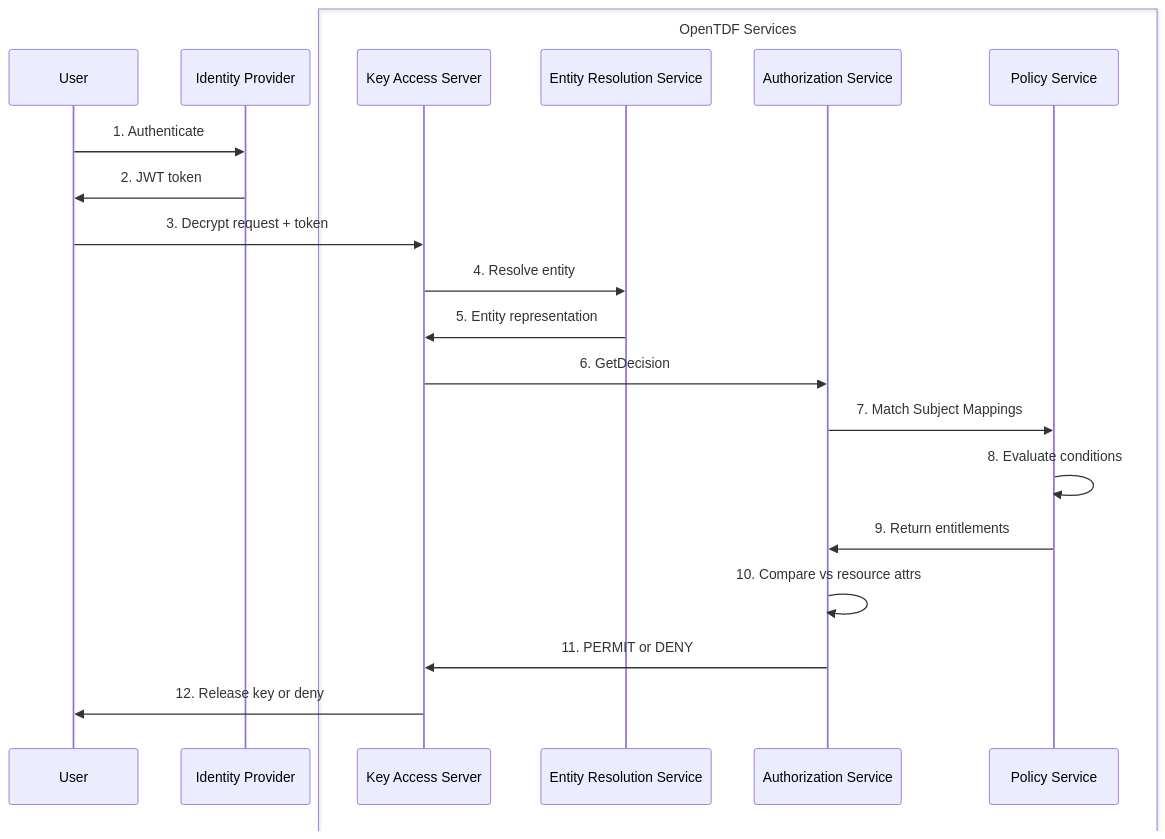
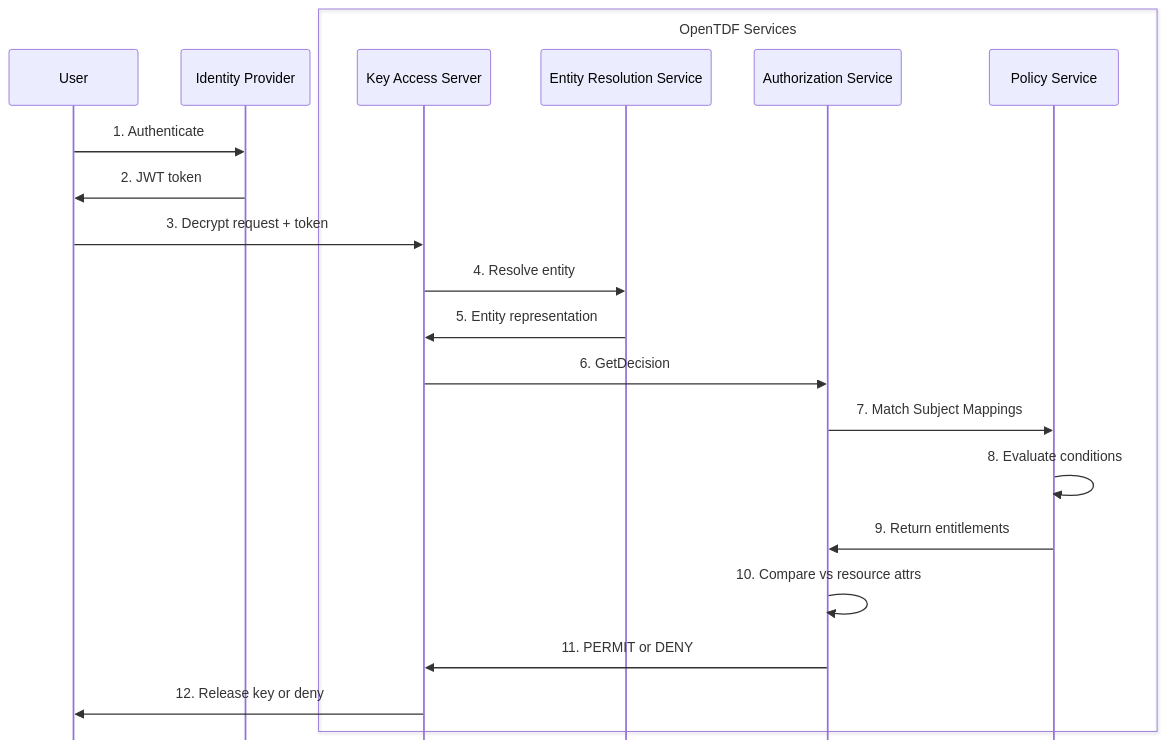
Before and after one commit to opentdf/docs: the first of 6 diagrams in docs/guides/subject-mapping-guide.md, drawn with Mermaid. The commit also changed other lines of this file, not shown here.

````diff
--- a/docs/guides/subject-mapping-guide.md
+++ b/docs/guides/subject-mapping-guide.md
@@ -61,29 +61,29 @@
 ```mermaid
-%%{init: {'sequence': {'boxMargin': 20}}}%%
+%%{init: {'sequence': {'boxMargin': 20, 'mirrorActors': false}}}%%
 sequenceDiagram
     participant User
     participant IdP as Identity Provider
     box OpenTDF Services
         participant KAS as Key Access Server
         participant ERS as Entity Resolution Service
         participant Auth as Authorization Service
         participant Policy as Policy Service
     end
 
     User->>IdP: 1. Authenticate
     IdP->>User: 2. JWT token
 
     User->>KAS: 3. Decrypt request + token
     KAS->>ERS: 4. Resolve entity
     ERS->>KAS: 5. Entity representation
 
     KAS->>Auth: 6. GetDecision
     Auth->>Policy: 7. Match Subject Mappings
 
     Policy->>Policy: 8. Evaluate conditions
     Policy->>Auth: 9. Return entitlements
 
     Auth->>Auth: 10. Compare vs resource attrs
     Auth->>KAS: 11. PERMIT or DENY
     KAS->>User: 12. Release key or deny
 ```
````
